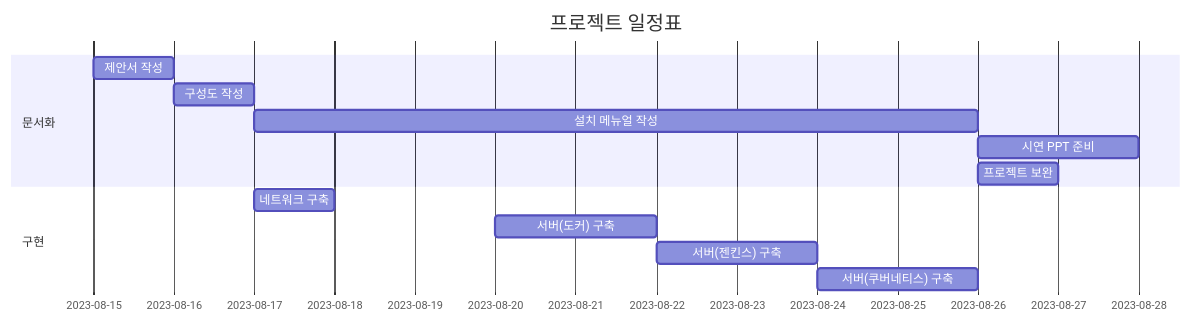
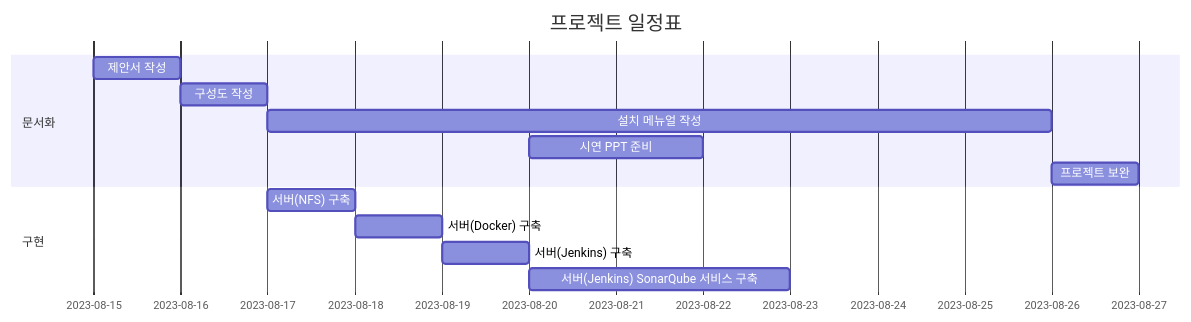
One commit to KimJeongHoon190/First_Project changed the diagram in README.md. Above: the diagram before and after it, drawn with Mermaid.

````diff
--- a/README.md
+++ b/README.md
@@ -3,17 +3,17 @@
 ```mermaid
 gantt
     title 프로젝트 일정표
     dateFormat  YYYY-MM-DD
     section 문서화
     제안서 작성  : a1, 2023-08-15, 1d
     구성도 작성  : after a1, 1d
     설치 메뉴얼 작성 : after a1, 2023-08-17, 9d
-    시연 PPT 준비 : after a1, 2023-08-26, 2d
+    시연 PPT 준비 : after a1, 2023-08-20, 2d
     프로젝트 보완 : after a1, 2023-08-26, 1d
 
     section 구현
-    네트워크 구축   : b1, 2023-08-17, 1d
-    서버(도커) 구축: b2, 2023-08-20, 2d
-    서버(젠킨스) 구축 :after b2 , 2d
-    서버(쿠버네티스) 구축: after b2, 2023-08-24, 2d
+    서버(NFS) 구축  : b1, 2023-08-17, 1d
+    서버(Docker) 구축: b2, 2023-08-18, 1d
+    서버(Jenkins) 구축 :after b2 , 1d
+    서버(Jenkins) SonarQube 서비스 구축: b3, 2023-08-20, 3d
 ```
````
